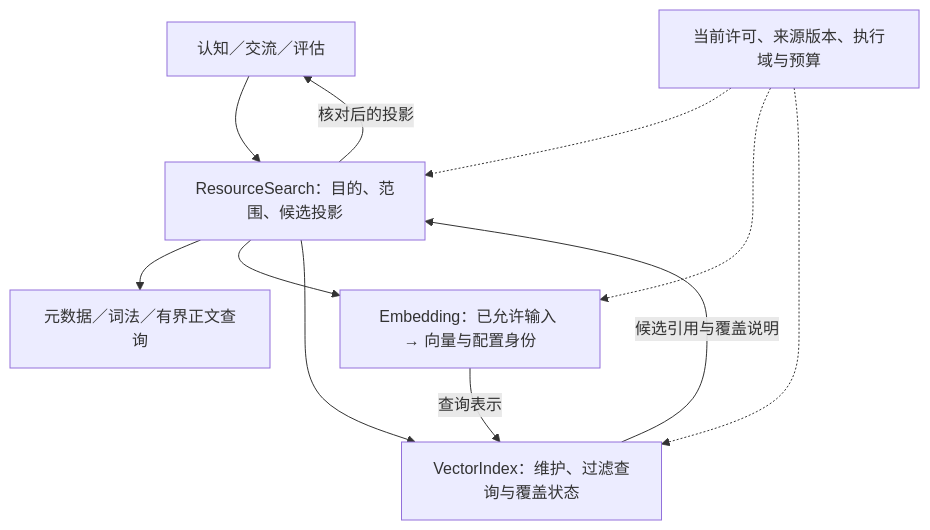
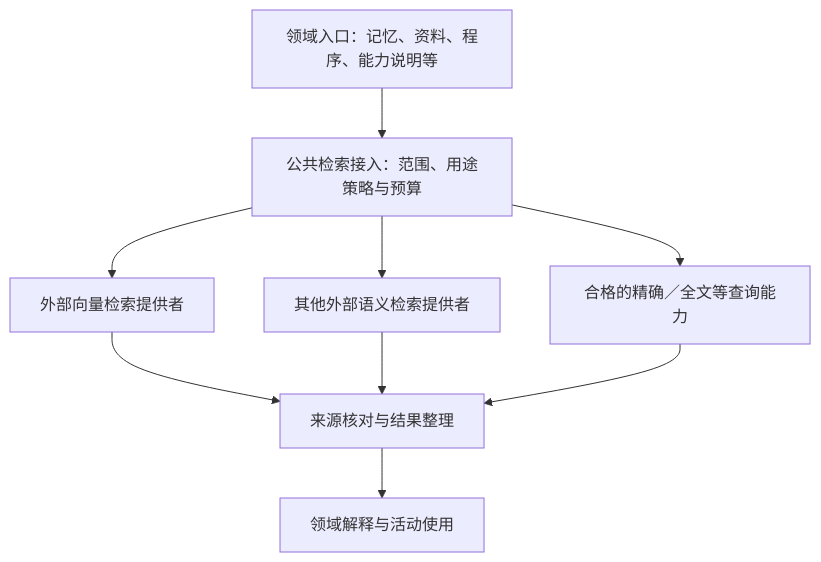
The first of 2 diagrams in docs/runtime-protocol.md (d7z-project/TinyAGI), drawn with Mermaid before and after one commit. The commit also changed other lines of this file and 30 other files, not shown here.

````diff
--- a/docs/runtime-protocol.md
+++ b/docs/runtime-protocol.md
@@ -85,13 +98,11 @@
 ```mermaid
 flowchart TB
-    Caller["认知／交流／评估"] --> Search["ResourceSearch：目的、范围、候选投影"]
-    Search --> Lexical["元数据／词法／有界正文查询"]
-    Search --> Embed["Embedding：已允许输入 → 向量与配置身份"]
-    Search --> Index["VectorIndex：维护、过滤查询与覆盖状态"]
-    Embed -->|"查询表示"| Index
-    Index -->|"候选引用与覆盖说明"| Search
-    Search -->|"核对后的投影"| Caller
-    Scope["当前许可、来源版本、执行域与预算"] -.-> Search
-    Scope -.-> Embed
-    Scope -.-> Index
+    Domains["领域入口：记忆、资料、程序、能力说明等"] --> Access["公共检索接入：范围、用途策略与预算"]
+    Access --> Vector["外部向量检索提供者"]
+    Access --> Semantic["其他外部语义检索提供者"]
+    Access --> Exact["合格的精确／全文等查询能力"]
+    Vector --> Results["来源核对与结果整理"]
+    Semantic --> Results
+    Exact --> Results
+    Results --> Usage["领域解释与活动使用"]
 ```
````
